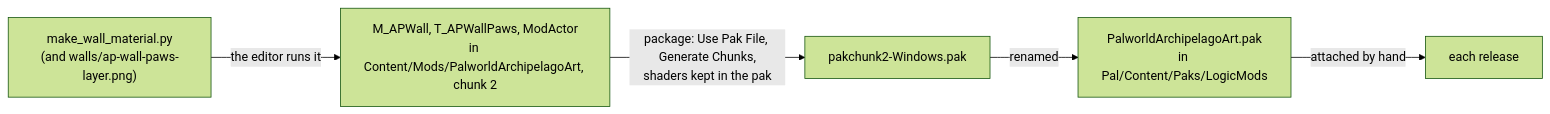
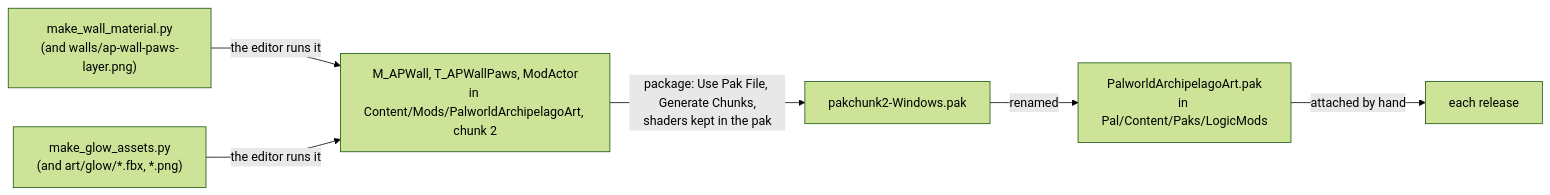
One commit to JustEyeTea/Palworld-Archipelago-Randomizer changed the diagram in logicmod/README.md. Above: the diagram before and after it, drawn with Mermaid (forest theme). The commit also changed other lines of this file and 38 other files, not shown here.

````diff
--- a/logicmod/README.md
+++ b/logicmod/README.md
@@ -151,7 +152,8 @@
 ```mermaid
 flowchart LR
   PY["make_wall_material.py<br/>(and walls/ap-wall-paws-layer.png)"] -->|"the editor runs it"| AS["M_APWall, T_APWallPaws, ModActor<br/>in Content/Mods/PalworldArchipelagoArt, chunk 2"]
+  GY["make_glow_assets.py<br/>(and art/glow/*.fbx, *.png)"] -->|"the editor runs it"| AS
   AS -->|"package: Use Pak File, Generate Chunks,<br/>shaders kept in the pak"| PK["pakchunk2-Windows.pak"]
   PK -->|"renamed"| ART["PalworldArchipelagoArt.pak<br/>in Pal/Content/Paks/LogicMods"]
   ART -->|"attached by hand"| REL["each release"]
 ```
````
